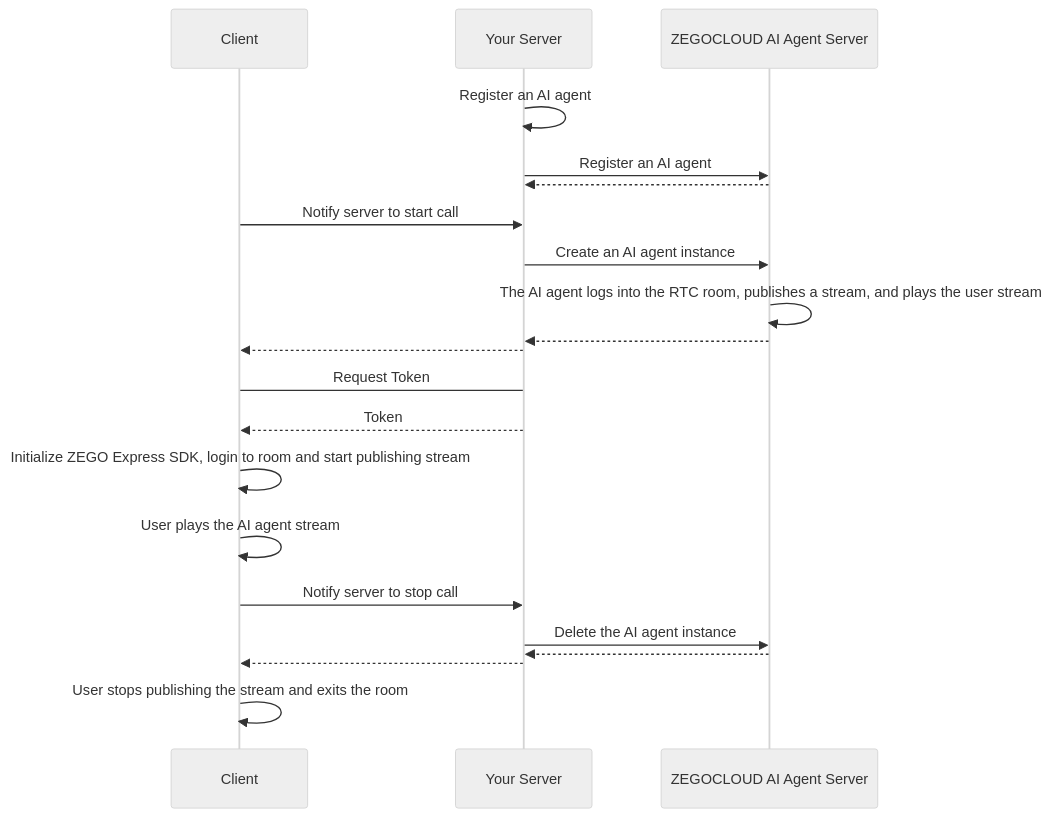
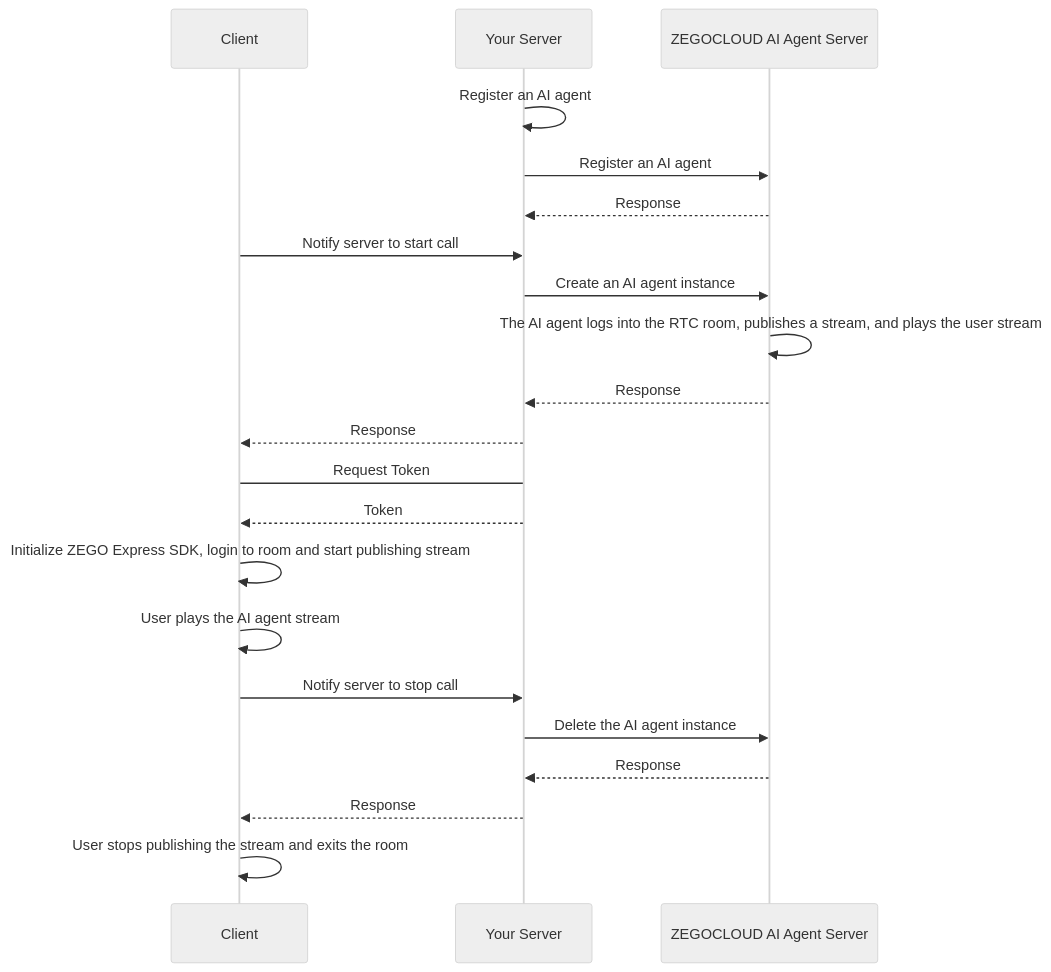
The diagram in core_products/aiagent/en/android/quick-start.mdx (ZEGOCLOUD/docs_all), drawn with Mermaid (neutral theme) before and after one commit. The commit also changed 11 other files, not shown here.

````diff
--- a/core_products/aiagent/en/android/quick-start.mdx
+++ b/core_products/aiagent/en/android/quick-start.mdx
@@ -79,30 +79,30 @@
 ```mermaid
 sequenceDiagram
     participant Client
     participant Your Server
     participant ZEGOCLOUD AI Agent Server
 
     Your Server->>Your Server: Register an AI agent
     Your Server->>ZEGOCLOUD AI Agent Server: Register an AI agent
-    ZEGOCLOUD AI Agent Server-->>Your Server:
+    ZEGOCLOUD AI Agent Server-->>Your Server: Response
 
     Client->>Your Server: Notify server to start call
     Your Server->>ZEGOCLOUD AI Agent Server: Create an AI agent instance
     ZEGOCLOUD AI Agent Server->>ZEGOCLOUD AI Agent Server: The AI agent logs into the RTC room, publishes a stream, and plays the user stream
-    ZEGOCLOUD AI Agent Server-->>Your Server:
-    Your Server-->>Client:
+    ZEGOCLOUD AI Agent Server-->>Your Server: Response
+    Your Server-->>Client: Response
 
     Client->Your Server: Request Token
     Your Server-->>Client: Token
 
     Client->>Client: Initialize ZEGO Express SDK, login to room and start publishing stream
 
     Client->>Client: User plays the AI agent stream
 
     Client->>Your Server: Notify server to stop call
     Your Server->>ZEGOCLOUD AI Agent Server: Delete the AI agent instance
-    ZEGOCLOUD AI Agent Server-->>Your Server:
-    Your Server-->>Client:
+    ZEGOCLOUD AI Agent Server-->>Your Server: Response
+    Your Server-->>Client: Response
 
     Client->>Client: User stops publishing the stream and exits the room
 ```
````
